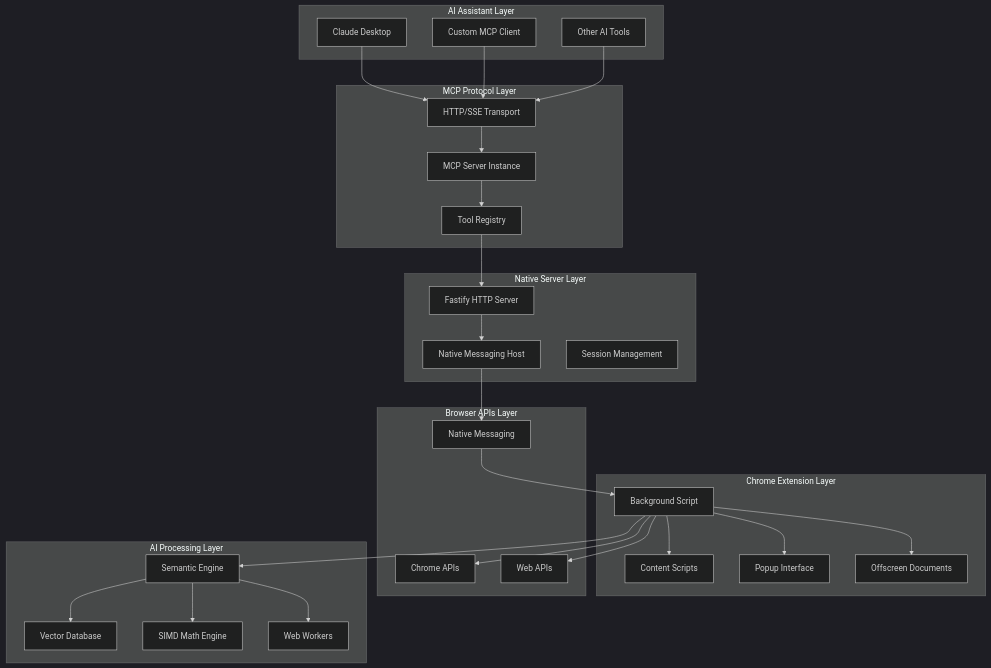
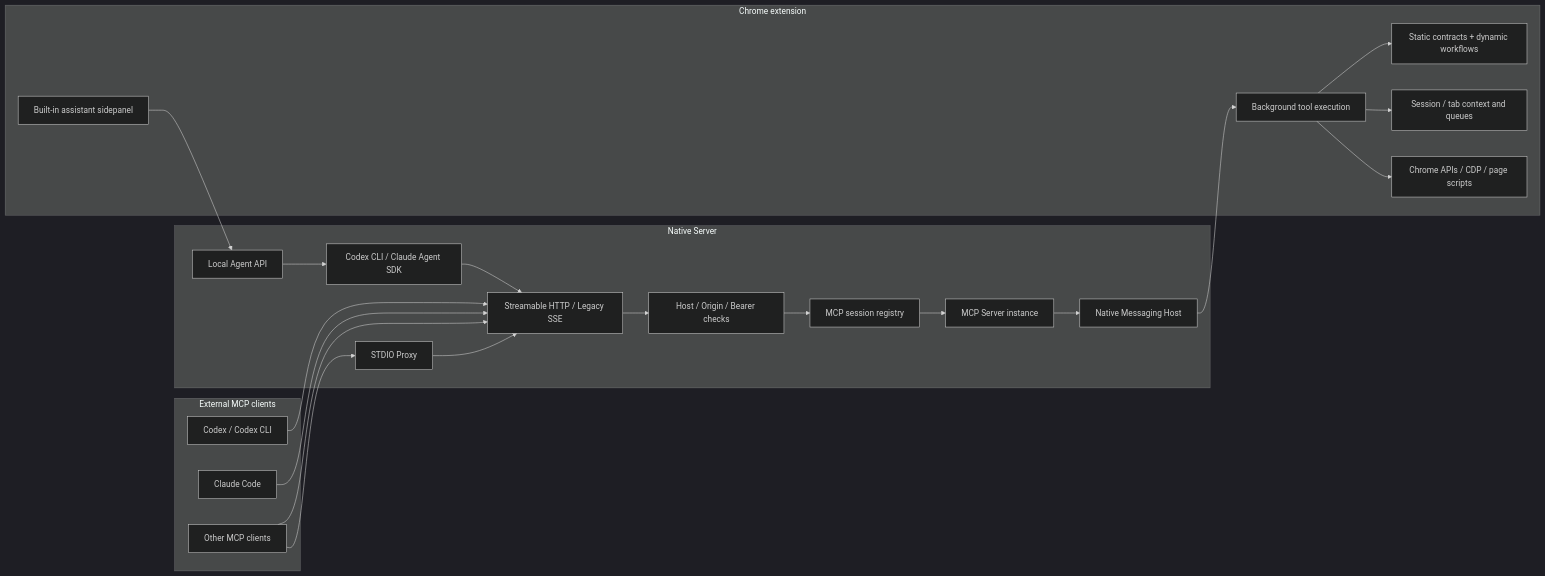
Before and after one commit to y-chell/mcp-chrome-community: the diagram in docs/ARCHITECTURE.md, drawn with Mermaid (dark theme). The commit also changed other lines of this file and 27 other files, not shown here.

Commit message:
feat(agent): modernize local assistants and MCP docs

````diff
--- a/docs/ARCHITECTURE.md
+++ b/docs/ARCHITECTURE.md
@@ -26,59 +14,40 @@
 ```mermaid
-graph TB
-    subgraph "AI Assistant Layer"
-        A[Claude Desktop]
-        B[Custom MCP Client]
-        C[Other AI Tools]
-    end
+flowchart LR
+  subgraph Clients[External MCP clients]
+    Codex[Codex / Codex CLI]
+    Claude[Claude Code]
+    Other[Other MCP clients]
+  end
 
-    subgraph "MCP Protocol Layer"
-        D[HTTP/SSE Transport]
-        E[MCP Server Instance]
-        F[Tool Registry]
-    end
+  subgraph Native[Native Server]
+    HTTP[Streamable HTTP / Legacy SSE]
+    STDIO[STDIO Proxy]
+    Security[Host / Origin / Bearer checks]
+    Registry[MCP session registry]
+    MCP[MCP Server instance]
+    AgentAPI[Local Agent API]
+    AgentRuntime[Codex CLI / Claude Agent SDK]
+    NativeHost[Native Messaging Host]
+  end
 
-    subgraph "Native Server Layer"
-        G[Fastify HTTP Server]
-        H[Native Messaging Host]
-        I[Session Management]
-    end
+  subgraph Extension[Chrome extension]
+    Background[Background tool execution]
+    Catalog[Static contracts + dynamic workflows]
+    Context[Session / tab context and queues]
+    Sidepanel[Built-in assistant sidepanel]
+    Browser[Chrome APIs / CDP / page scripts]
+  end
 
-    subgraph "Chrome Extension Layer"
-        J[Background Script]
-        K[Content Scripts]
-        L[Popup Interface]
-        M[Offscreen Documents]
-    end
-
-    subgraph "Browser APIs Layer"
-        N[Chrome APIs]
-        O[Web APIs]
-        P[Native Messaging]
-    end
-
-    subgraph "AI Processing Layer"
-        Q[Semantic Engine]
-        R[Vector Database]
-        S[SIMD Math Engine]
-        T[Web Workers]
-    end
-
-    A --> D
-    B --> D
-    C --> D
-    D --> E
-    E --> F
-    F --> G
-    G --> H
-    H --> P
-    P --> J
-    J --> K
-    J --> L
-    J --> M
-    J --> N
-    J --> O
-    J --> Q
-    Q --> R
-    Q --> S
-    Q --> T
+  Codex --> HTTP
+  Claude --> HTTP
+  Other --> HTTP
+  Other --> STDIO
+  STDIO --> HTTP
+  HTTP --> Security --> Registry --> MCP
+  MCP --> NativeHost --> Background
+  Background --> Catalog
+  Background --> Context
+  Background --> Browser
+  Sidepanel --> AgentAPI --> AgentRuntime
+  AgentRuntime --> HTTP
 ```
````
